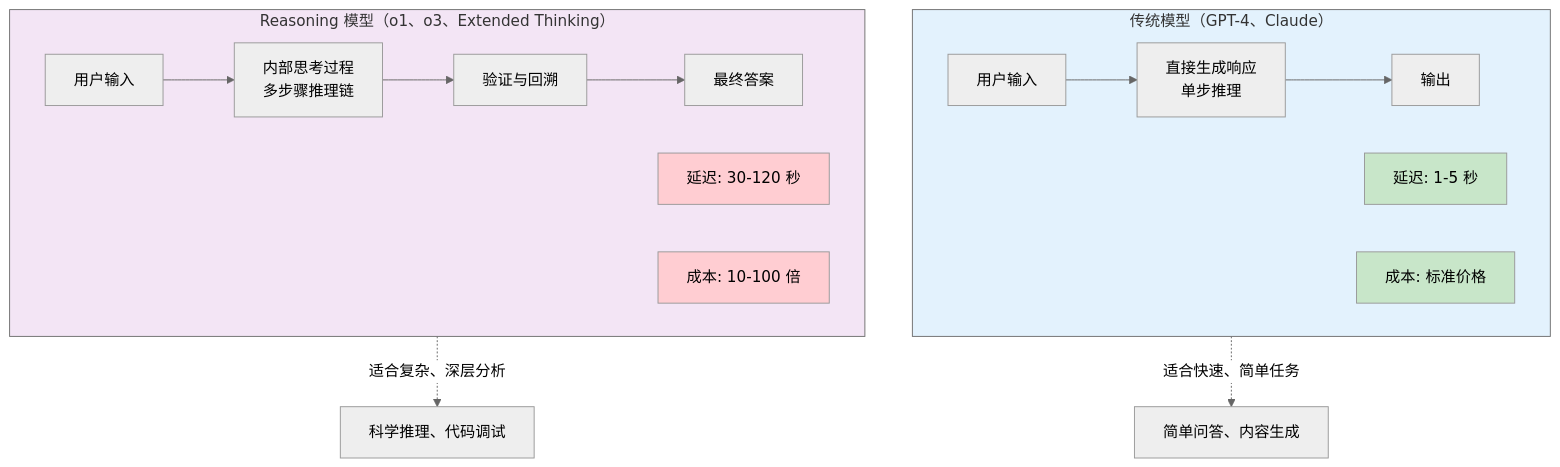
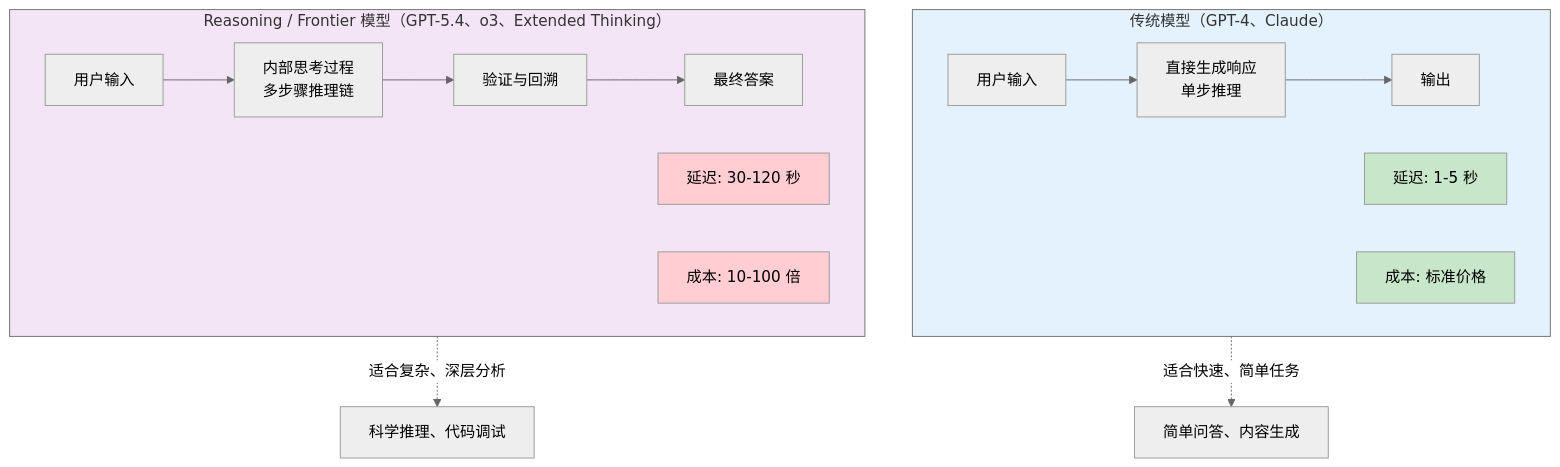
Before and after one commit to changsongyang/prompt_engineering_guide: the first of 3 diagrams in 06_chain_of_thought/6.6_reasoning_decision_framework.md, drawn with Mermaid (neutral theme). The commit also changed other lines of this file and 6 other files, not shown here.

````diff
--- a/06_chain_of_thought/6.6_reasoning_decision_framework.md
+++ b/06_chain_of_thought/6.6_reasoning_decision_framework.md
@@ -9,38 +9,38 @@
 ```mermaid
 graph TB
     subgraph Traditional["传统模型（GPT-4、Claude）"]
         Input1["用户输入"]
         Process1["直接生成响应<br/>单步推理"]
         Output1["输出"]
 
         Input1 --> Process1
         Process1 --> Output1
 
         Latency1["延迟: 1-5 秒"]
         Cost1["成本: 标准价格"]
     end
 
-    subgraph Reasoning["Reasoning 模型（o1、o3、Extended Thinking）"]
+    subgraph Reasoning["Reasoning / Frontier 模型（GPT-5.4、o3、Extended Thinking）"]
         Input2["用户输入"]
         Thinking["内部思考过程<br/>多步骤推理链"]
         Verification["验证与回溯"]
         Output2["最终答案"]
 
         Input2 --> Thinking
         Thinking --> Verification
         Verification --> Output2
 
         Latency2["延迟: 30-120 秒"]
         Cost2["成本: 10-100 倍"]
     end
 
     Traditional -.->|适合快速、简单任务| Use1["简单问答、内容生成"]
     Reasoning -.->|适合复杂、深层分析| Use2["科学推理、代码调试"]
 
     style Traditional fill:#e3f2fd
     style Reasoning fill:#f3e5f5
     style Latency1 fill:#c8e6c9
     style Latency2 fill:#ffcdd2
     style Cost1 fill:#c8e6c9
     style Cost2 fill:#ffcdd2
 ```
````
